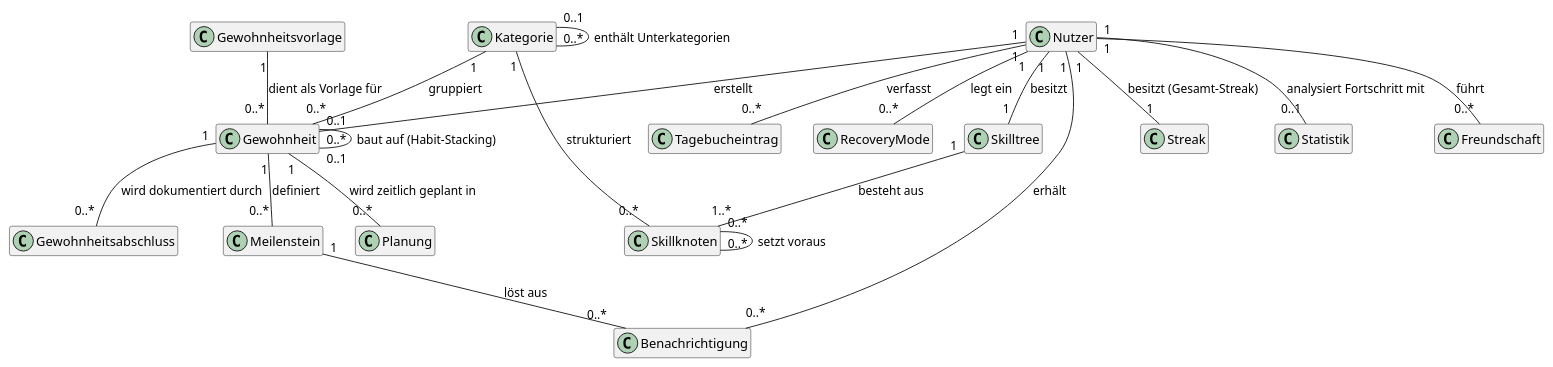
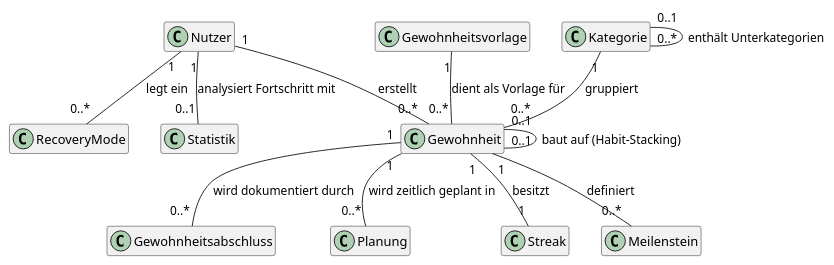
Before and after one commit to stttxxnn/se1-habittracker: the diagram in docs/product/domain_glossary.adoc, drawn with PlantUML. The commit also changed other lines of this file, not shown here.

```diff
--- a/docs/product/domain_glossary.adoc
+++ b/docs/product/domain_glossary.adoc
@@ -67,47 +59,32 @@
 [plantuml, domain-model, svg]
 ....
 @startuml
 skinparam classAttributeIconSize 0
 hide empty members
 
 class Nutzer
 class Gewohnheit
 class Gewohnheitsvorlage
 class Gewohnheitsabschluss
 class Planung
 class Streak
 class Meilenstein
-class Benachrichtigung
+class Kategorie
+class RecoveryMode
 class Statistik
-class Freundschaft
-class Skilltree
-class Skillknoten
-class Kategorie
-class Tagebucheintrag
-class RecoveryMode
 
 Nutzer "1" -- "0..*" Gewohnheit : erstellt
 Gewohnheitsvorlage "1" -- "0..*" Gewohnheit : dient als Vorlage für
 Gewohnheit "1" -- "0..*" Gewohnheitsabschluss : wird dokumentiert durch
 Gewohnheit "1" -- "0..*" Planung : wird zeitlich geplant in
 Gewohnheit "0..1" -- "0..1" Gewohnheit : baut auf (Habit-Stacking)
-
-Nutzer "1" -- "1" Streak : besitzt (Gesamt-Streak)
+Gewohnheit "1" -- "1" Streak : besitzt
 Gewohnheit "1" -- "0..*" Meilenstein : definiert
-Meilenstein "1" -- "0..*" Benachrichtigung : löst aus
-Nutzer "1" -- "0..*" Benachrichtigung : erhält
-Nutzer "1" -- "0..*" Freundschaft : führt
-Nutzer "1" -- "1" Skilltree : besitzt
-Skilltree "1" -- "1..*" Skillknoten : besteht aus
 Kategorie "1" -- "0..*" Gewohnheit : gruppiert
-Kategorie "1" -- "0..*" Skillknoten : strukturiert
 Kategorie "0..1" -- "0..*" Kategorie : enthält Unterkategorien
-Skillknoten "0..*" -- "0..*" Skillknoten : setzt voraus
-
-Nutzer "1" -- "0..*" Tagebucheintrag : verfasst
 Nutzer "1" -- "0..*" RecoveryMode : legt ein
 Nutzer "1" -- "0..1" Statistik : analysiert Fortschritt mit
 
 @enduml
 
 ....
```
